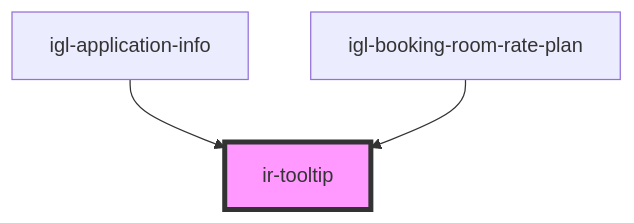
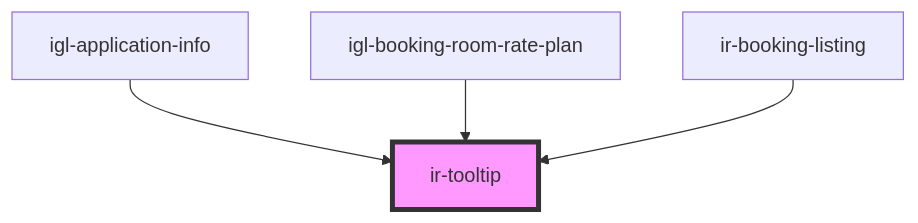
One commit to David1Chowaifaty/modified-ir-webcmp changed the diagram in src/components/ir-tooltip/readme.md. Above: the diagram before and after it, drawn with Mermaid. The commit also changed other lines of this file and 6 other files, not shown here.

````diff
--- a/src/components/ir-tooltip/readme.md
+++ b/src/components/ir-tooltip/readme.md
@@ -23,6 +26,7 @@
 ```mermaid
 graph TD;
   igl-application-info --> ir-tooltip
   igl-booking-room-rate-plan --> ir-tooltip
+  ir-booking-listing --> ir-tooltip
   style ir-tooltip fill:#f9f,stroke:#333,stroke-width:4px
 ```
````
